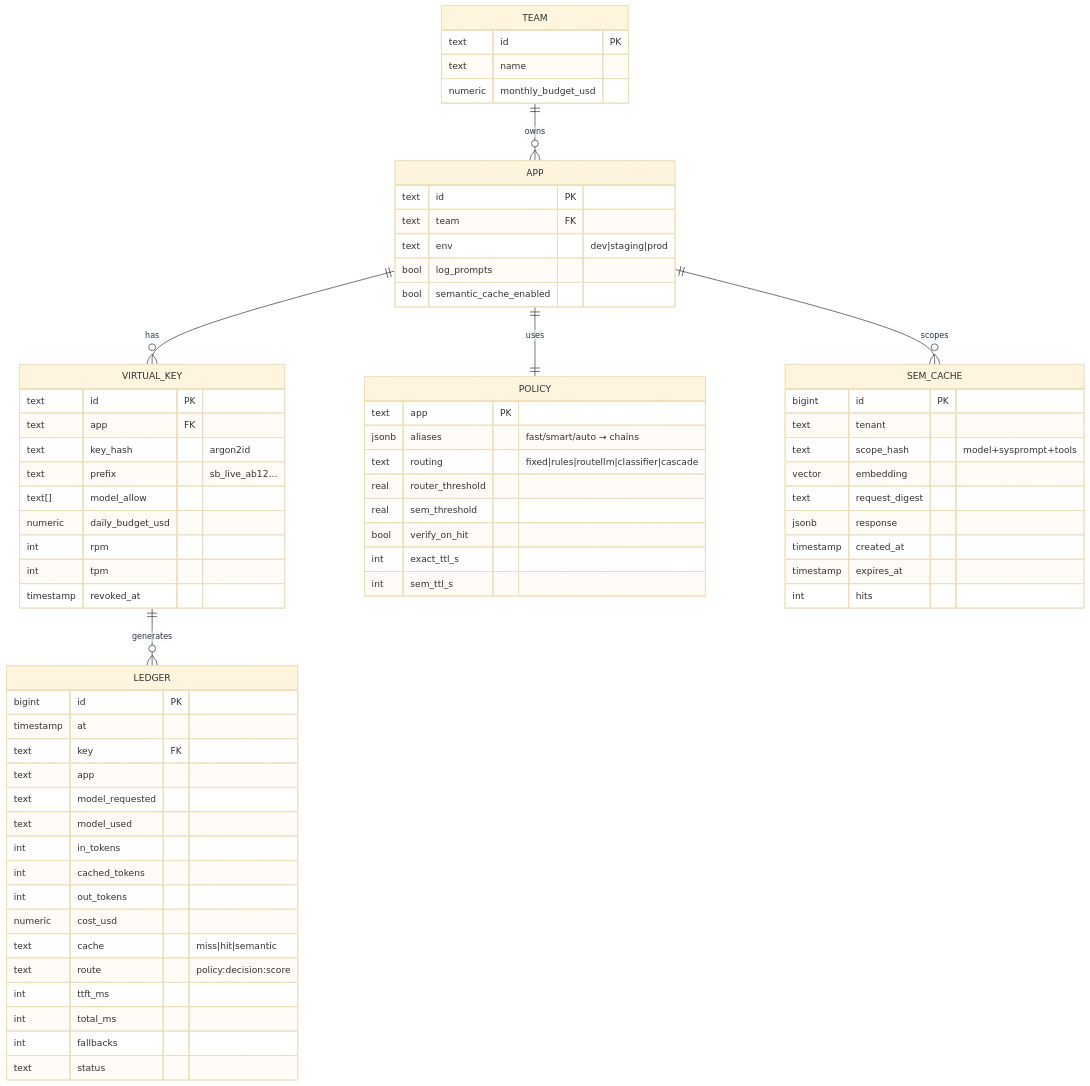
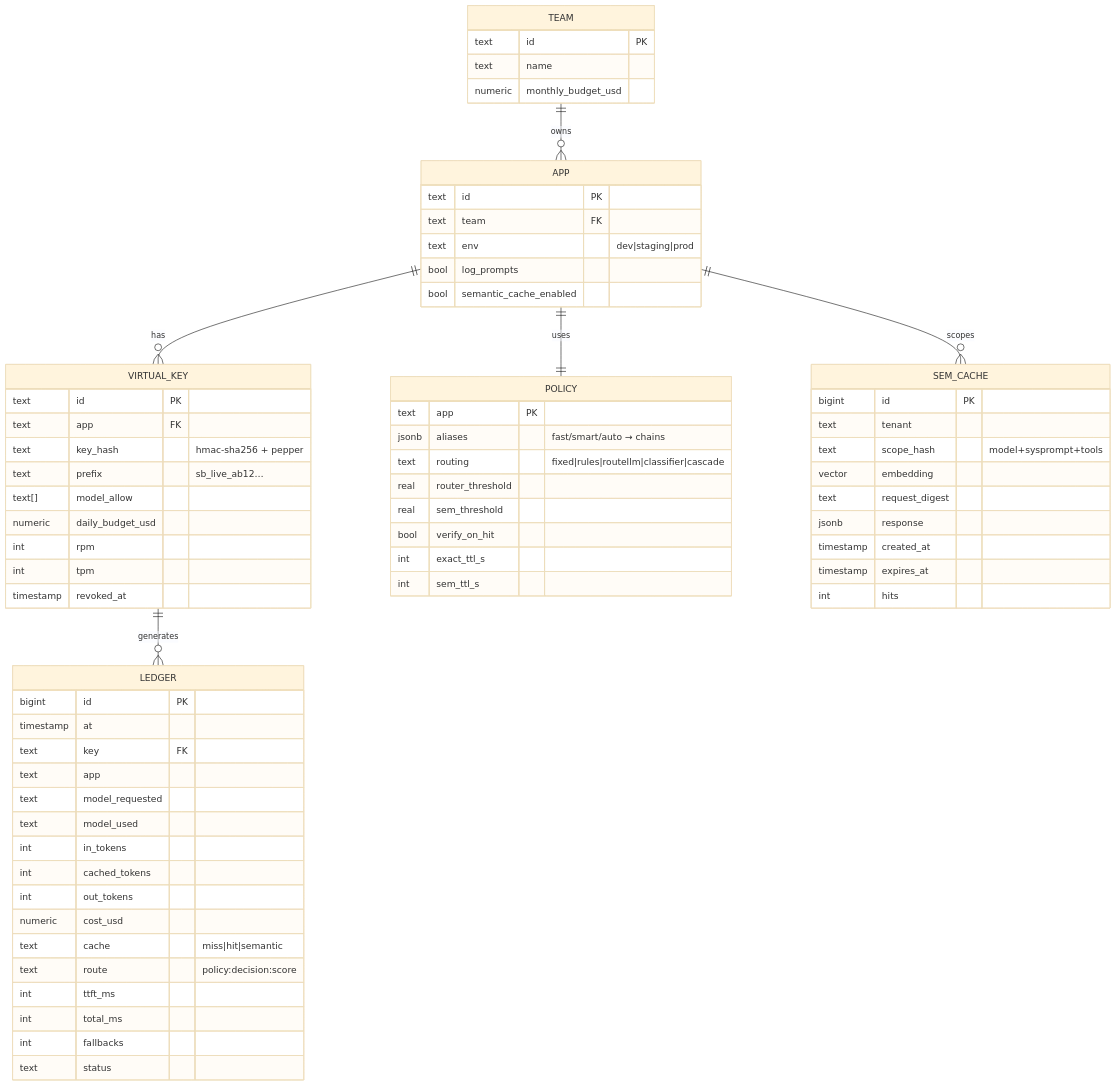
Before and after one commit to pRiMeXoMeGa/AI-Learning-Projects: the first of 3 diagrams in projects/07-llm-gateway-router/docs/03-low-level-design.md, drawn with Mermaid (base theme). The commit also changed 8 other files, not shown here.

````diff
--- a/projects/07-llm-gateway-router/docs/03-low-level-design.md
+++ b/projects/07-llm-gateway-router/docs/03-low-level-design.md
@@ -5,58 +5,58 @@
 ```mermaid
 erDiagram
     TEAM ||--o{ APP : owns
     APP ||--o{ VIRTUAL_KEY : has
     APP ||--|| POLICY : uses
     VIRTUAL_KEY ||--o{ LEDGER : generates
     APP ||--o{ SEM_CACHE : scopes
     TEAM { text id PK
            text name
            numeric monthly_budget_usd }
     APP { text id PK
           text team FK
           text env "dev|staging|prod"
           bool log_prompts
           bool semantic_cache_enabled }
     VIRTUAL_KEY { text id PK
                   text app FK
-                  text key_hash "argon2id"
+                  text key_hash "hmac-sha256 + pepper"
                   text prefix "sb_live_ab12…"
                   text[] model_allow
                   numeric daily_budget_usd
                   int rpm
                   int tpm
                   timestamp revoked_at }
     POLICY { text app PK
              jsonb aliases "fast/smart/auto → chains"
              text routing "fixed|rules|routellm|classifier|cascade"
              real router_threshold
              real sem_threshold
              bool verify_on_hit
              int exact_ttl_s
              int sem_ttl_s }
     LEDGER { bigint id PK
              timestamp at
              text key FK
              text app
              text model_requested
              text model_used
              int in_tokens
              int cached_tokens
              int out_tokens
              numeric cost_usd
              text cache "miss|hit|semantic"
              text route "policy:decision:score"
              int ttft_ms
              int total_ms
              int fallbacks
              text status }
     SEM_CACHE { bigint id PK
                 text tenant
                 text scope_hash "model+sysprompt+tools"
                 vector embedding
                 text request_digest
                 jsonb response
                 timestamp created_at
                 timestamp expires_at
                 int hits }
 ```
````
